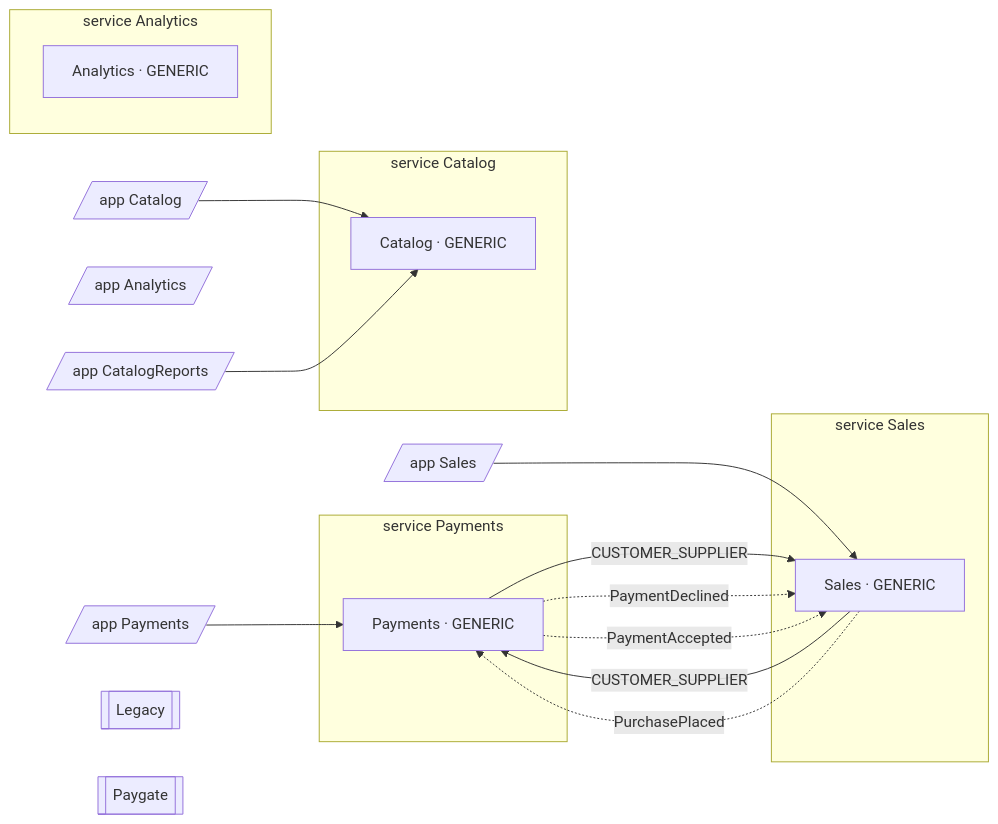
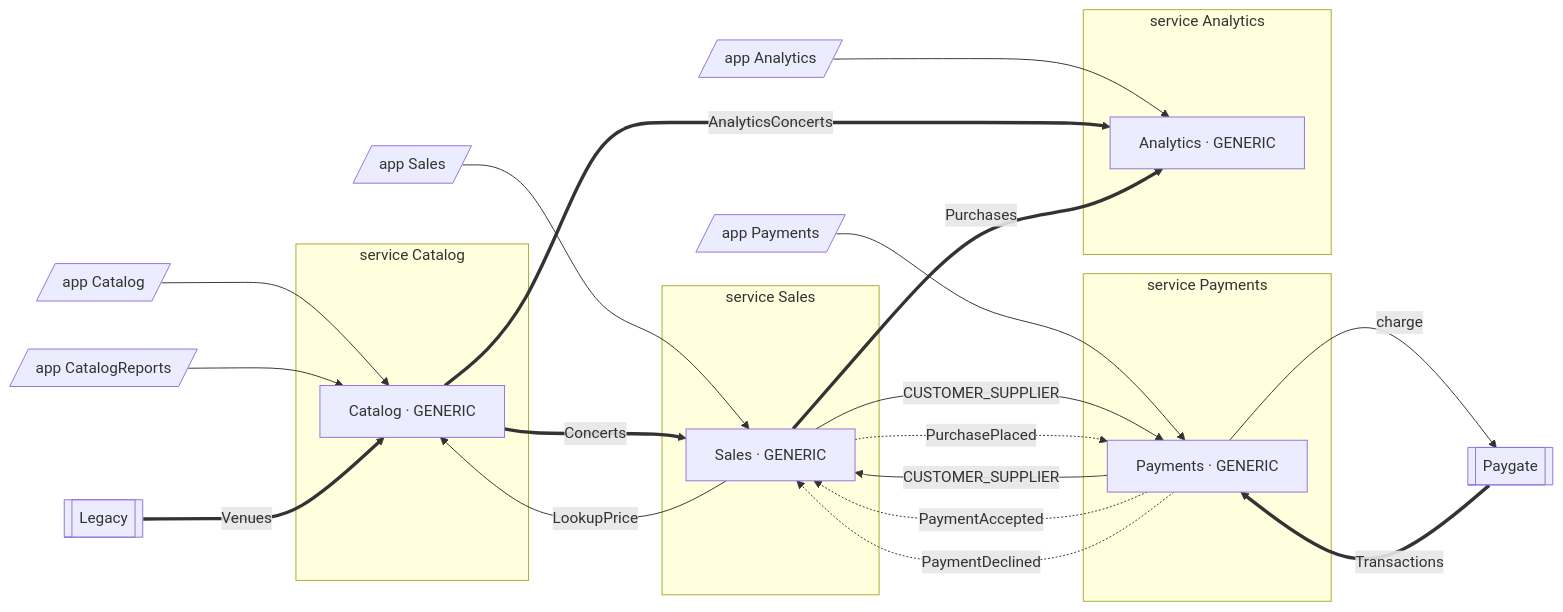
Before and after one commit to miguelperezcolom/modux: the first of 2 diagrams in media/video-series/episodes/13-documentation/real/HLA.generated.md, drawn with Mermaid. The commit also changed other lines of this file and 11 other files, not shown here.

````diff
--- a/media/video-series/episodes/13-documentation/real/HLA.generated.md
+++ b/media/video-series/episodes/13-documentation/real/HLA.generated.md
@@ -15,31 +15,39 @@
 ```mermaid
 flowchart LR
+  subgraph svc_catalog["service Catalog"]
+    bc_catalog["Catalog · GENERIC"]
+  end
+  subgraph svc_sales["service Sales"]
+    bc_sales["Sales · GENERIC"]
+  end
   subgraph svc_payments["service Payments"]
     bc_payments["Payments · GENERIC"]
   end
   subgraph svc_analytics["service Analytics"]
     bc_analytics["Analytics · GENERIC"]
   end
-  subgraph svc_catalog["service Catalog"]
-    bc_catalog["Catalog · GENERIC"]
-  end
-  subgraph svc_sales["service Sales"]
-    bc_sales["Sales · GENERIC"]
-  end
+  ui_analytics[/"app Analytics"/]
   ui_catalog[/"app Catalog"/]
-  ui_catalog --> bc_catalog
+  ui_catalog_reports[/"app CatalogReports"/]
+  ui_payments[/"app Payments"/]
   ui_sales[/"app Sales"/]
-  ui_sales --> bc_sales
-  ui_analytics[/"app Analytics"/]
-  ui_catalog_reports[/"app CatalogReports"/]
-  ui_catalog_reports --> bc_catalog
-  ui_payments[/"app Payments"/]
-  ui_payments --> bc_payments
   ext_legacy[["Legacy"]]
   ext_paygate[["Paygate"]]
+  ui_analytics --> bc_analytics
+  ui_catalog --> bc_catalog
+  ui_catalog_reports --> bc_catalog
+  ui_payments --> bc_payments
+  ui_sales --> bc_sales
+  bc_payments -->|CUSTOMER_SUPPLIER| bc_sales
   bc_sales -->|CUSTOMER_SUPPLIER| bc_payments
-  bc_payments -->|CUSTOMER_SUPPLIER| bc_sales
+  bc_sales -.->|PurchasePlaced| bc_payments
+  bc_payments -.->|PaymentAccepted| bc_sales
   bc_payments -.->|PaymentDeclined| bc_sales
-  bc_payments -.->|PaymentAccepted| bc_sales
-  bc_sales -.->|PurchasePlaced| bc_payments
+  bc_sales -->|LookupPrice| bc_catalog
+  bc_payments -->|charge| ext_paygate
+  bc_catalog ==>|AnalyticsConcerts| bc_analytics
+  bc_catalog ==>|Concerts| bc_sales
+  bc_sales ==>|Purchases| bc_analytics
+  ext_paygate ==>|Transactions| bc_payments
+  ext_legacy ==>|Venues| bc_catalog
 ```
````
